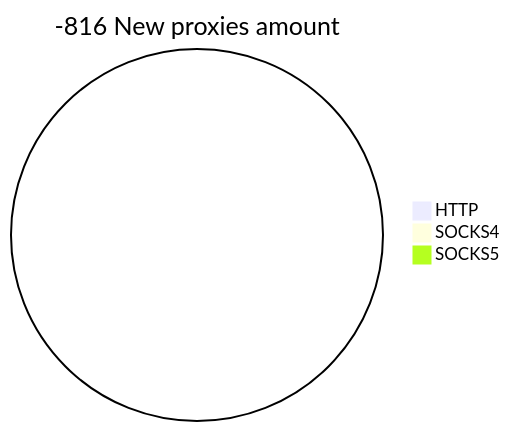
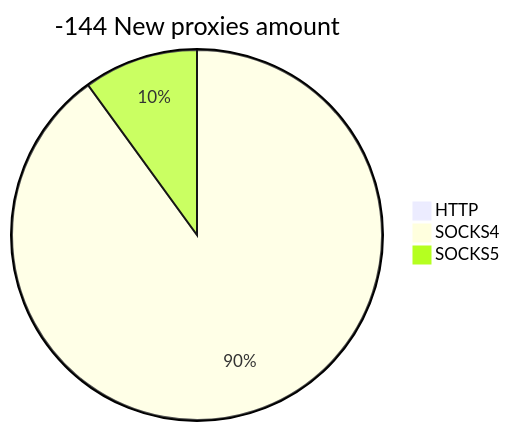
Before and after one commit to cutipu/proxylist: the second of 2 diagrams in README.md, drawn with Mermaid. The commit also changed other lines of this file, not shown here.

````diff
--- a/README.md
+++ b/README.md
@@ -10,6 +10,6 @@
 ```mermaid
-pie title -816 New proxies amount
+pie title -144 New proxies amount
     "HTTP" : 0
-    "SOCKS4" : 0
-    "SOCKS5" : 0
+    "SOCKS4" : 18
+    "SOCKS5" : 2
 ```
````
